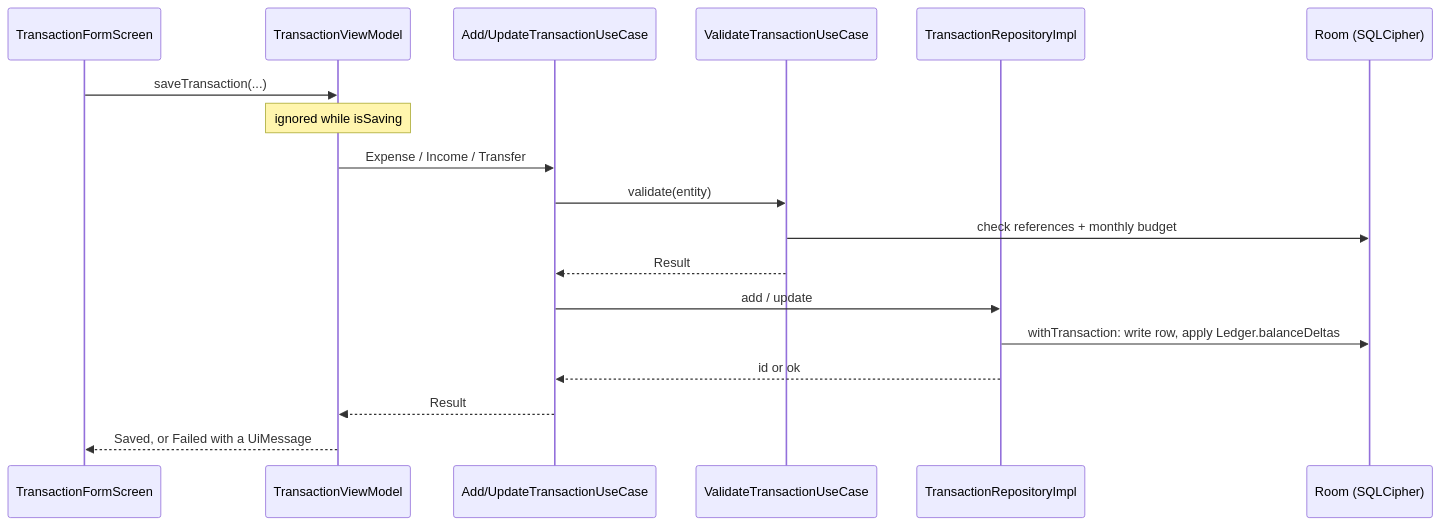
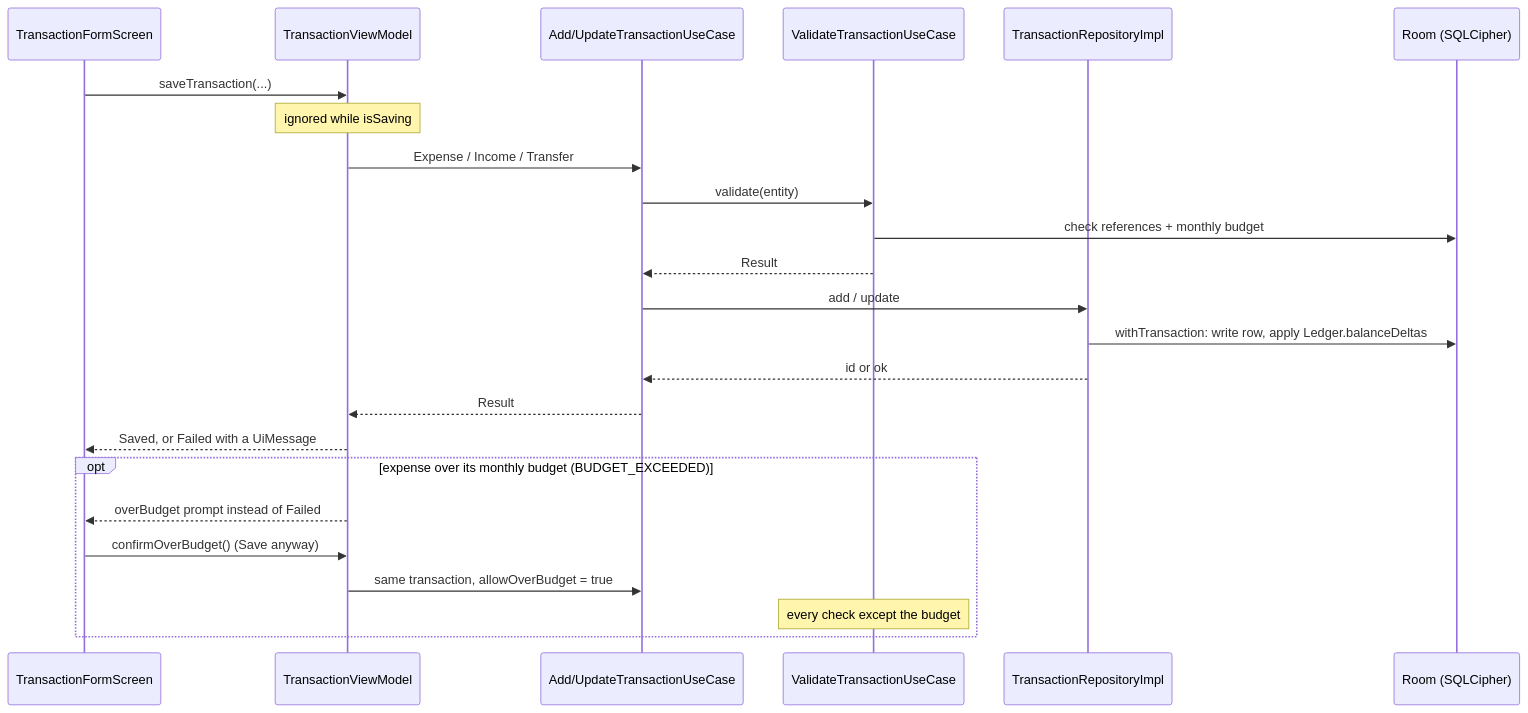
The third of 4 diagrams in intel/map.md (jabbott-iii/DenariiDolor), drawn with Mermaid before and after one commit. The commit also changed 15 other files, not shown here.

Commit message:
An expense that goes over budget now brings up a confirmation dialog instead of being rejected

````diff
--- a/intel/map.md
+++ b/intel/map.md
@@ -91,20 +91,26 @@
 ```mermaid
 sequenceDiagram
     participant F as TransactionFormScreen
     participant VM as TransactionViewModel
     participant UC as Add/UpdateTransactionUseCase
     participant V as ValidateTransactionUseCase
     participant R as TransactionRepositoryImpl
     participant DB as Room (SQLCipher)
     F->>VM: saveTransaction(...)
     Note over VM: ignored while isSaving
     VM->>UC: Expense / Income / Transfer
     UC->>V: validate(entity)
     V->>DB: check references + monthly budget
     V-->>UC: Result
     UC->>R: add / update
     R->>DB: withTransaction: write row, apply Ledger.balanceDeltas
     R-->>UC: id or ok
     UC-->>VM: Result
     VM-->>F: Saved, or Failed with a UiMessage
+    opt expense over its monthly budget (BUDGET_EXCEEDED)
+        VM-->>F: overBudget prompt instead of Failed
+        F->>VM: confirmOverBudget() (Save anyway)
+        VM->>UC: same transaction, allowOverBudget = true
+        Note over V: every check except the budget
+    end
 ```
````
